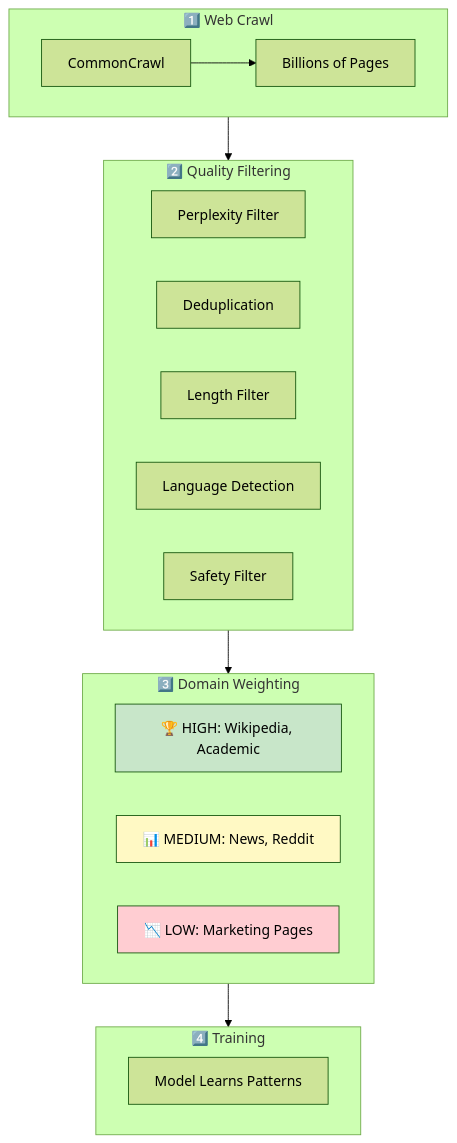
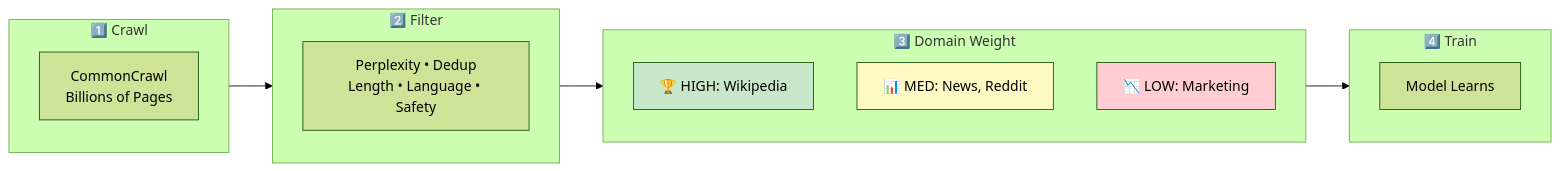
The fourth of 6 diagrams in _posts/2026-01-03-generative-engine-optimization-geo.md (ajing/ajing.github.io), drawn with Mermaid (forest theme) before and after one commit. The commit also changed other lines of this file and 16 other files, not shown here.

Commit message:
Improve Mermaid diagrams: more compact layout and cleaner default theme

```diff
--- a/_posts/2026-01-03-generative-engine-optimization-geo.md
+++ b/_posts/2026-01-03-generative-engine-optimization-geo.md
@@ -297,32 +278,26 @@
 <div class="mermaid">
-flowchart TD
-    subgraph Step1["1️⃣ Web Crawl"]
-        CC[CommonCrawl] --> B[Billions of Pages]
+flowchart LR
+    subgraph Crawl["1️⃣ Crawl"]
+        CC[CommonCrawl<br/>Billions of Pages]
     end
     
-    subgraph Step2["2️⃣ Quality Filtering"]
-        F1[Perplexity Filter]
-        F2[Deduplication]
-        F3[Length Filter]
-        F4[Language Detection]
-        F5[Safety Filter]
+    subgraph Filter["2️⃣ Filter"]
+        F[Perplexity • Dedup<br/>Length • Language • Safety]
     end
     
-    subgraph Step3["3️⃣ Domain Weighting"]
-        W1["🏆 HIGH: Wikipedia, Academic"]
-        W2["📊 MEDIUM: News, Reddit"]
-        W3["📉 LOW: Marketing Pages"]
+    subgraph Weight["3️⃣ Domain Weight"]
+        W1["🏆 HIGH: Wikipedia"]
+        W2["📊 MED: News, Reddit"]
+        W3["📉 LOW: Marketing"]
     end
     
-    subgraph Step4["4️⃣ Training"]
-        T[Model Learns Patterns]
+    subgraph Train["4️⃣ Train"]
+        T[Model Learns]
     end
     
-    Step1 --> Step2
-    Step2 --> Step3
-    Step3 --> Step4
+    Crawl --> Filter --> Weight --> Train
     
     style W1 fill:#c8e6c9
     style W2 fill:#fff9c4
     style W3 fill:#ffcdd2
 </div>
```
